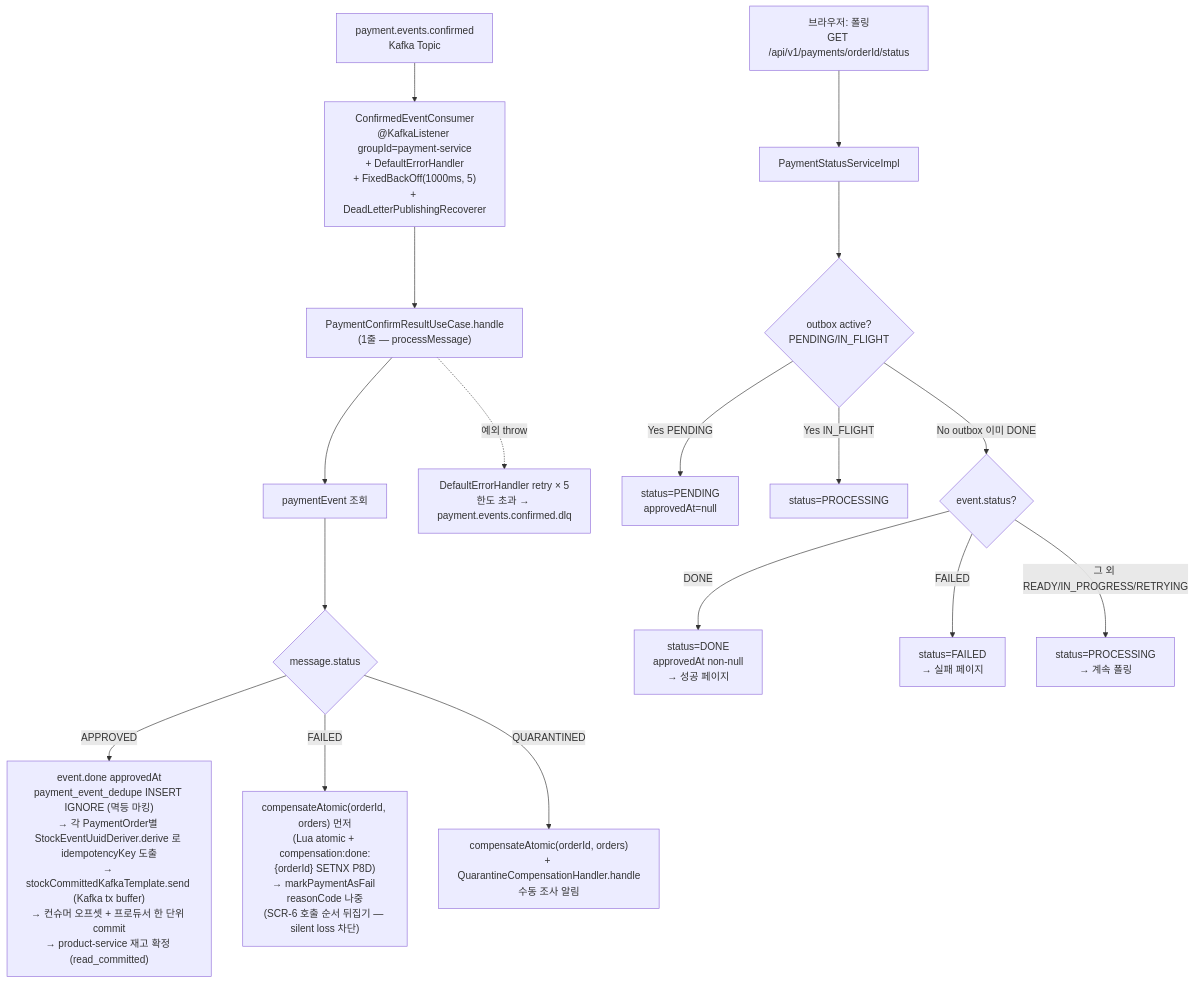
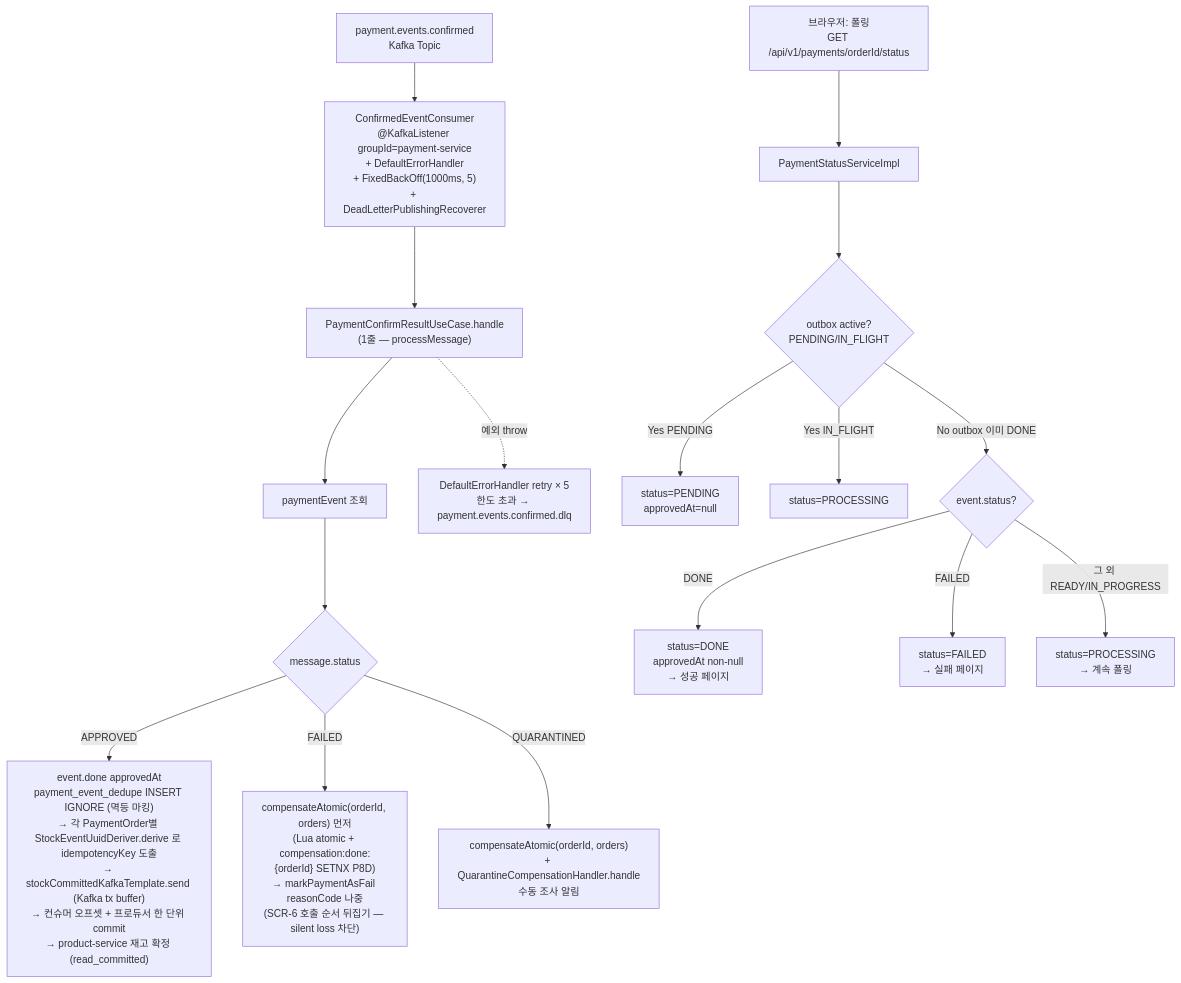
The fifth of 10 diagrams in docs/context/PAYMENT-FLOW.md (hyoguoo/payment-platform), drawn with Mermaid before and after one commit. The commit also changed 10 other files, not shown here.

````diff
--- a/docs/context/PAYMENT-FLOW.md
+++ b/docs/context/PAYMENT-FLOW.md
@@ -134,20 +134,20 @@
 ```mermaid
 flowchart TD
     AA["payment.events.confirmed<br/>Kafka Topic"] --> AB["ConfirmedEventConsumer<br/>@KafkaListener groupId=payment-service<br/>+ DefaultErrorHandler<br/>+ FixedBackOff(1000ms, 5)<br/>+ DeadLetterPublishingRecoverer"]
     AB --> AC["PaymentConfirmResultUseCase.handle<br/>(1줄 — processMessage)"]
     AC --> AC2["paymentEvent 조회"]
     AC2 --> AD{"message.status"}
     AD -->|APPROVED| AE1["event.done approvedAt<br/>payment_event_dedupe INSERT IGNORE (멱등 마킹)<br/>→ 각 PaymentOrder별 StockEventUuidDeriver.derive 로 idempotencyKey 도출<br/>→ stockCommittedKafkaTemplate.send (Kafka tx buffer)<br/>→ 컨슈머 오프셋 + 프로듀서 한 단위 commit<br/>→ product-service 재고 확정 (read_committed)"]
     AD -->|FAILED| AE2["compensateAtomic(orderId, orders) 먼저<br/>(Lua atomic + compensation:done:{orderId} SETNX P8D)<br/>→ markPaymentAsFail reasonCode 나중<br/>(SCR-6 호출 순서 뒤집기 — silent loss 차단)"]
     AD -->|QUARANTINED| AE3["compensateAtomic(orderId, orders)<br/>+ QuarantineCompensationHandler.handle<br/>수동 조사 알림"]
     AC -.예외 throw.-> AERR["DefaultErrorHandler retry × 5<br/>한도 초과 → payment.events.confirmed.dlq"]
 
     AF["브라우저: 폴링<br/>GET /api/v1/payments/orderId/status"] --> AG["PaymentStatusServiceImpl"]
     AG --> AG1{"outbox active?<br/>PENDING/IN_FLIGHT"}
     AG1 -->|Yes PENDING| AG1a["status=PENDING<br/>approvedAt=null"]
     AG1 -->|Yes IN_FLIGHT| AG1b["status=PROCESSING"]
     AG1 -->|No outbox 이미 DONE| AG2{"event.status?"}
     AG2 -->|DONE| AH1["status=DONE<br/>approvedAt non-null<br/>→ 성공 페이지"]
     AG2 -->|FAILED| AH2["status=FAILED<br/>→ 실패 페이지"]
-    AG2 -->|"그 외 READY/IN_PROGRESS/RETRYING"| AH3["status=PROCESSING<br/>→ 계속 폴링"]
+    AG2 -->|"그 외 READY/IN_PROGRESS"| AH3["status=PROCESSING<br/>→ 계속 폴링"]
 ```
````
